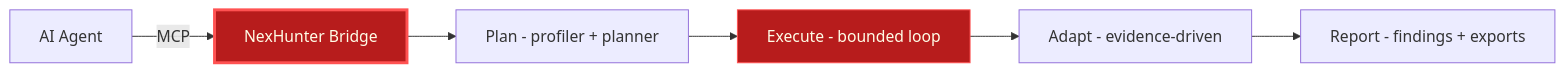
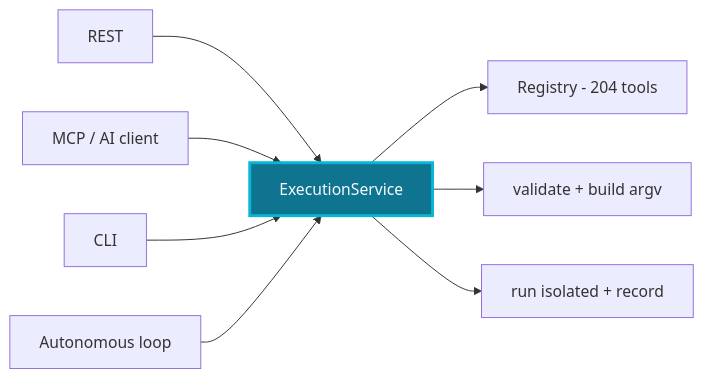
One commit to Arseno25/nexhunter changed the diagram in README.md. Above: the diagram before and after it, drawn with Mermaid. The commit also changed other lines of this file and 11 other files, not shown here.

Commit message:
Add AI plan-first flow: propose_plan reviews, autonomous_assess executes approved steps

````diff
--- a/README.md
+++ b/README.md
@@ -51,10 +32,11 @@
 ```mermaid
 flowchart LR
-    A[AI Agent] -->|MCP| B[NexHunter Bridge]
-    B --> C[Plan - profiler + planner]
-    C --> D[Execute - bounded loop]
-    D --> E[Adapt - evidence-driven]
-    E --> F[Report - findings + exports]
-    style B fill:#b71c1c,stroke:#ff5252,stroke-width:3px,color:#fffde7
-    style D fill:#b71c1c,stroke:#ff5252,color:#fffde7
+    A[REST] --> E[ExecutionService]
+    B[MCP / AI client] --> E
+    C[CLI] --> E
+    D[Autonomous loop] --> E
+    E --> R[Registry - 204 tools]
+    E --> G[validate + build argv]
+    E --> S[run isolated + record]
+    style E fill:#0e7490,stroke:#06b6d4,stroke-width:3px,color:#f8fafc
 ```
````
